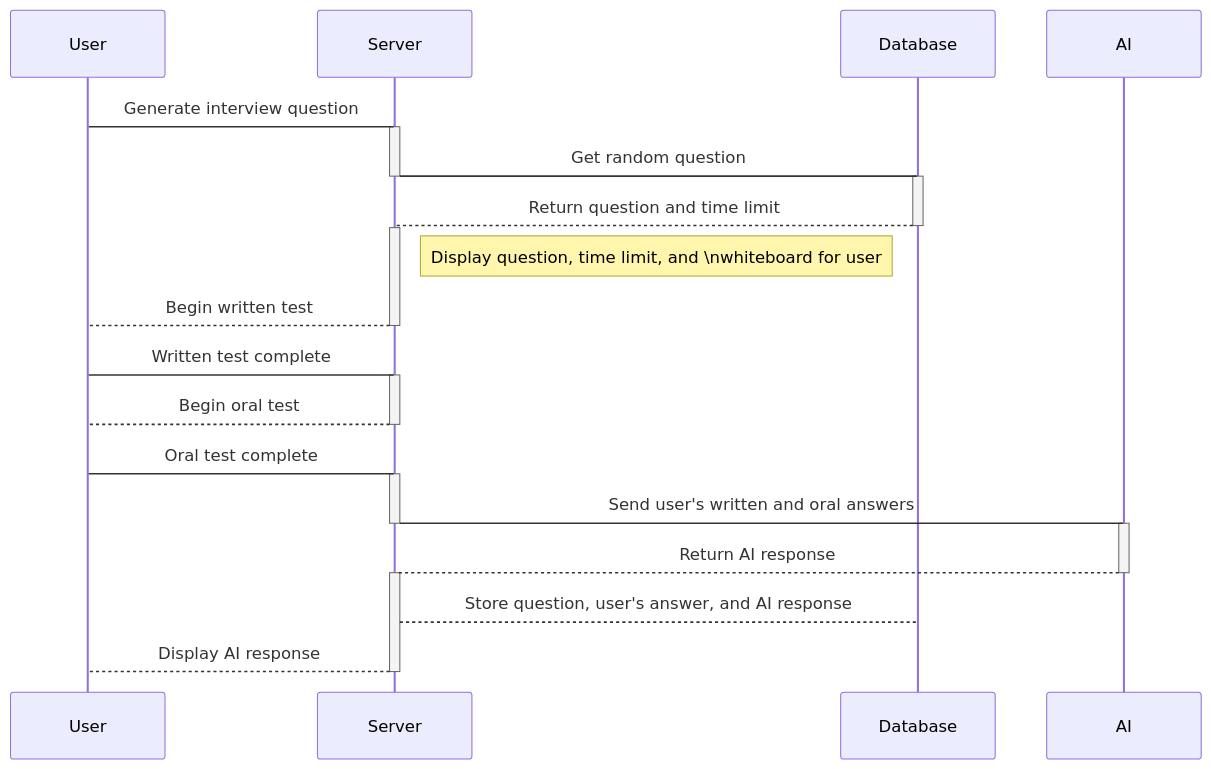
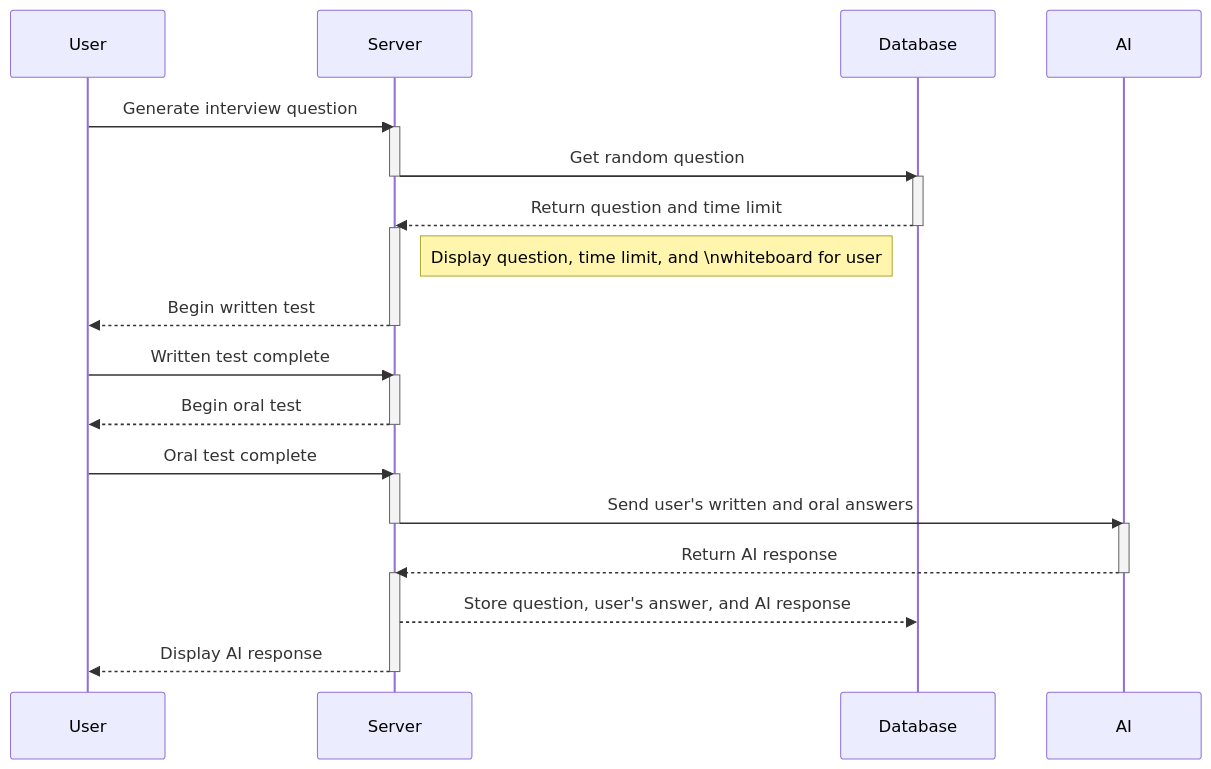
One commit to capstone-projects-2024-fall/project-whiteboardflow changed the diagram in documentation/docs/system-architecture/Sequence Diagrams.md. Above: the diagram before and after it, drawn with Mermaid.

Commit message:
Update Sequence Diagrams.md

````diff
--- a/documentation/docs/system-architecture/Sequence Diagrams.md
+++ b/documentation/docs/system-architecture/Sequence Diagrams.md
@@ -9,46 +9,46 @@
 ```mermaid
 
 sequenceDiagram
 
 participant User
 participant Server
 participant Database
 participant AI
 
-User->Server:Generate interview question
+User->>Server:Generate interview question
 
 activate Server
-Server->Database:Get random question
+Server->>Database:Get random question
 deactivate Server
 
 activate Database
-Database-->Server:Return question and time limit
+Database-->>Server:Return question and time limit
 deactivate Database
 
 activate Server
 note right of Server:Display question, time limit, and \nwhiteboard for user
-Server-->User:Begin written test
+Server-->>User:Begin written test
 deactivate Server
 
-User->Server:Written test complete
+User->>Server:Written test complete
 
 activate Server
-Server-->User:Begin oral test
+Server-->>User:Begin oral test
 deactivate Server
 
-User->Server:Oral test complete
+User->>Server:Oral test complete
 
 activate Server
-Server->AI:Send user's written and oral answers
+Server->>AI:Send user's written and oral answers
 deactivate Server
 
 activate AI
-AI-->Server:Return AI response
+AI-->>Server:Return AI response
 deactivate AI
 
 activate Server
-Server-->Database:Store question, user's answer, and AI response
-Server-->User:Display AI response
+Server-->>Database:Store question, user's answer, and AI response
+Server-->>User:Display AI response
 deactivate Server
 
 ```
````
